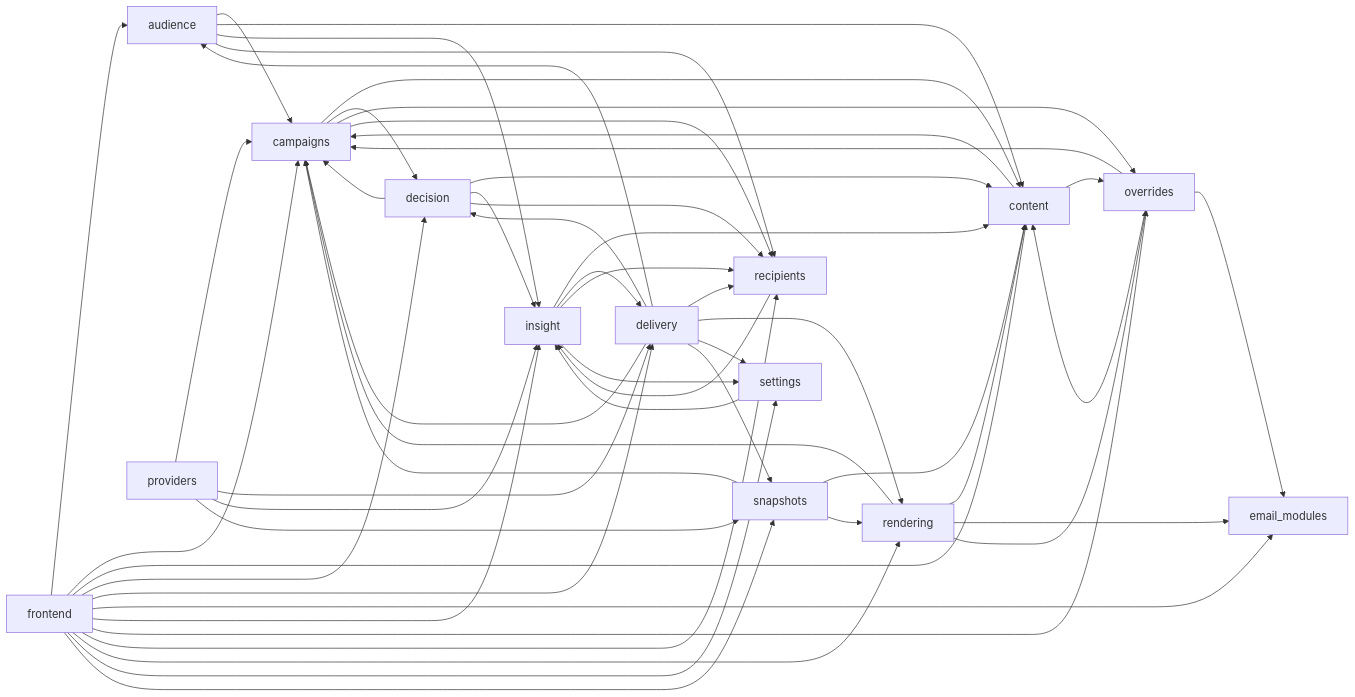
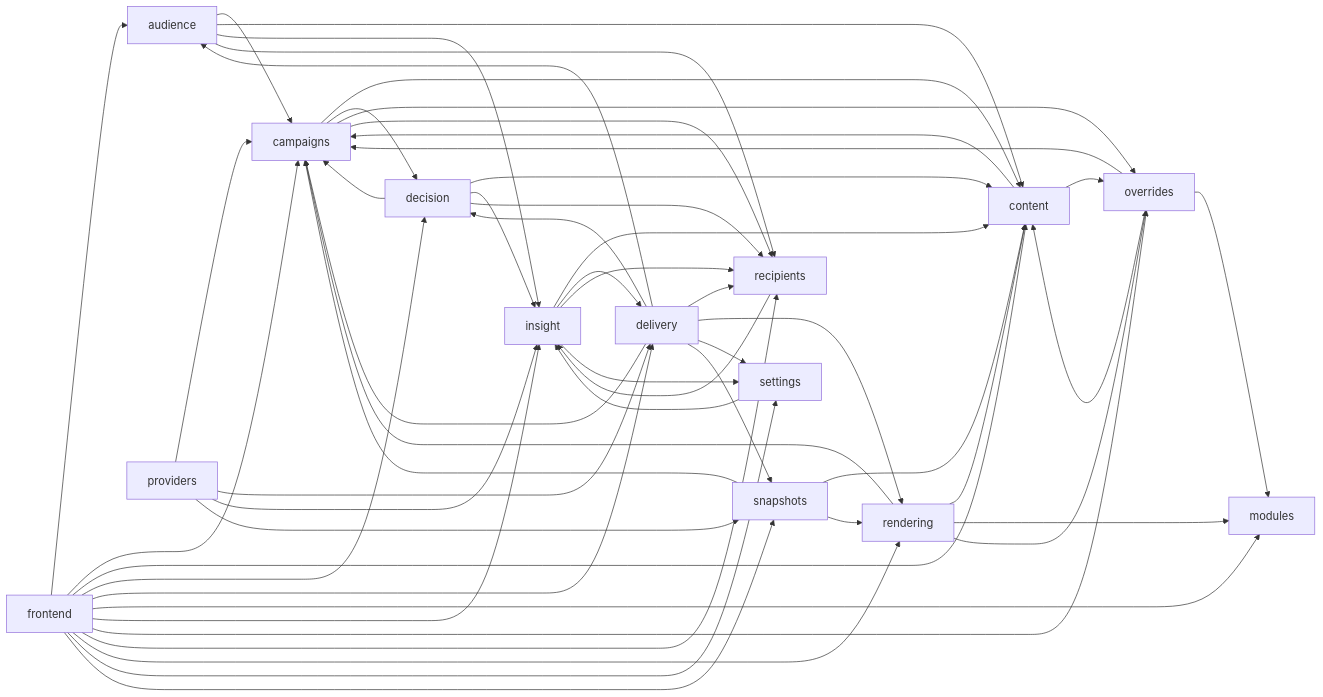
One commit to drmsGit/newsletter-reference-implementation changed the diagram in docs/architecture/Code/Module dependency map.md. Above: the diagram before and after it, drawn with Mermaid. The commit also changed other lines of this file and 9 other files, not shown here.

First line of the commit message:
docs: retire the email_modules name, and delete its leftover bytecode

````diff
--- a/docs/architecture/Code/Module dependency map.md
+++ b/docs/architecture/Code/Module dependency map.md
@@ -14,56 +14,56 @@
 ```mermaid
 graph LR
   audience --> campaigns
   audience --> content
   audience --> insight
   audience --> recipients
   campaigns --> content
   campaigns --> decision
   campaigns --> overrides
   campaigns --> recipients
   content --> campaigns
   content --> overrides
   decision --> campaigns
   decision --> content
   decision --> insight
   decision --> recipients
   delivery --> audience
   delivery --> campaigns
   delivery --> decision
   delivery --> recipients
   delivery --> rendering
   delivery --> settings
   delivery --> snapshots
   frontend --> audience
   frontend --> campaigns
   frontend --> content
   frontend --> decision
   frontend --> delivery
-  frontend --> email_modules
+  frontend --> modules
   frontend --> insight
   frontend --> overrides
   frontend --> recipients
   frontend --> rendering
   frontend --> settings
   frontend --> snapshots
   insight --> content
   insight --> delivery
   insight --> recipients
   insight --> settings
   overrides --> campaigns
   overrides --> content
-  overrides --> email_modules
+  overrides --> modules
   providers --> campaigns
   providers --> delivery
   providers --> insight
   providers --> snapshots
   recipients --> insight
   rendering --> campaigns
   rendering --> content
-  rendering --> email_modules
+  rendering --> modules
   rendering --> overrides
   settings --> insight
   snapshots --> campaigns
   snapshots --> content
   snapshots --> rendering
 ```
````
